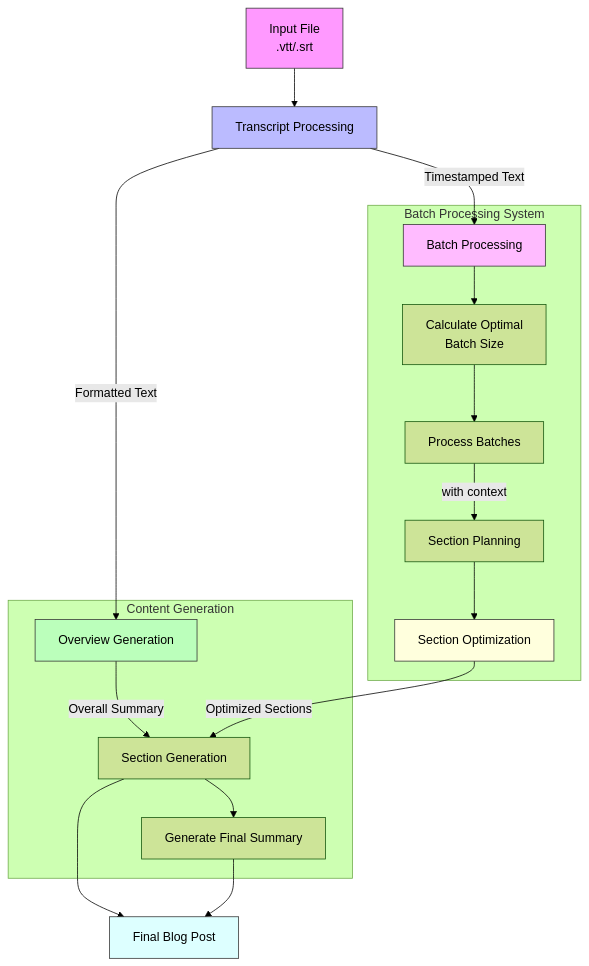
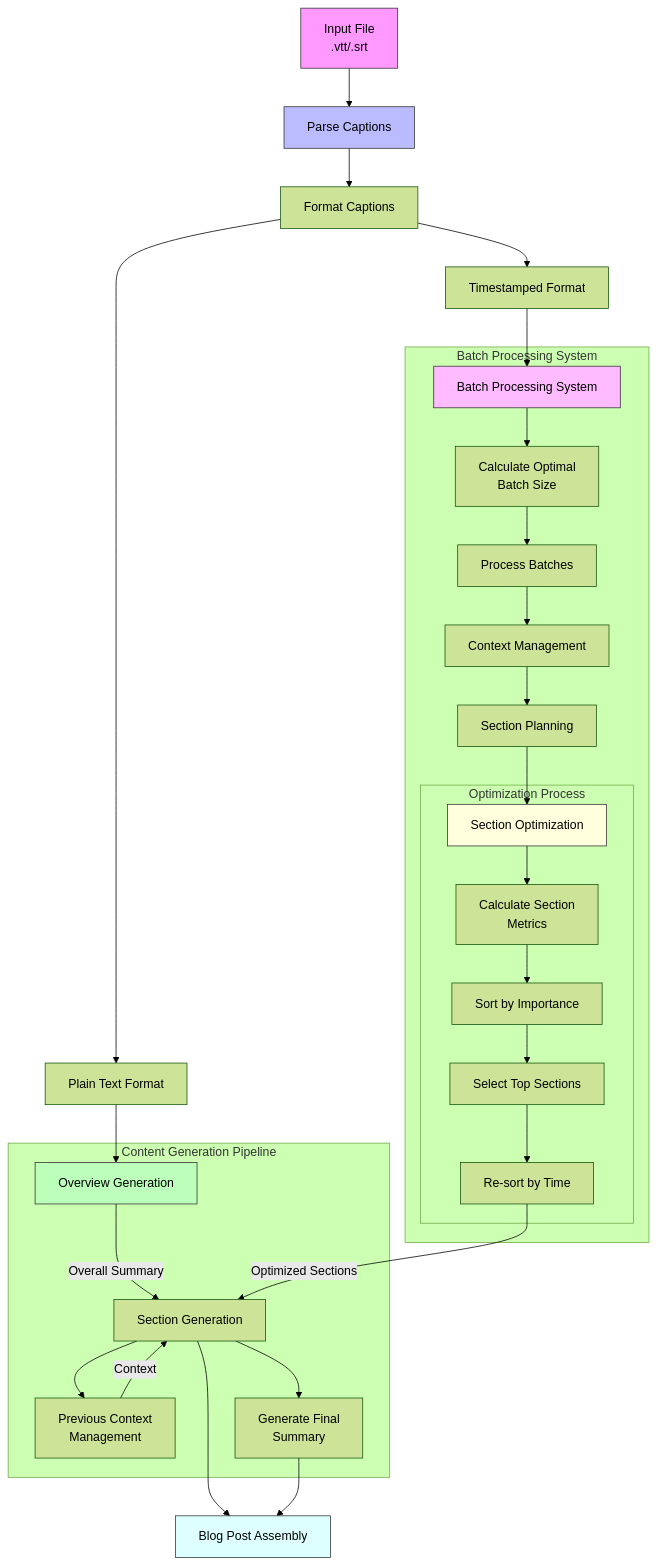
One commit to monkinng9/Transcirpt2blog-section-system changed the diagram in README.md. Above: the diagram before and after it, drawn with Mermaid (forest theme).

Commit message:
update diagram

````diff
--- a/README.md
+++ b/README.md
@@ -19,29 +19,44 @@
 ```mermaid
 graph TD
-    A[Input File<br>.vtt/.srt] --> B[Transcript Processing]
-    B --> |Formatted Text| C[Overview Generation]
-    B --> |Timestamped Text| D[Batch Processing]
+    A[Input File<br>.vtt/.srt] --> B[Parse Captions]
+    B --> C[Format Captions]
+    
+    C --> D[Plain Text Format]
+    C --> E[Timestamped Format]
+    
+    D --> F[Overview Generation]
+    E --> G[Batch Processing System]
     
     subgraph "Batch Processing System"
-        D --> E[Calculate Optimal<br>Batch Size]
-        E --> F[Process Batches]
-        F --> |with context| G[Section Planning]
-        G --> H[Section Optimization]
+        G --> H[Calculate Optimal<br>Batch Size]
+        H --> I[Process Batches]
+        I --> J[Context Management]
+        J --> K[Section Planning]
+        K --> L[Section Optimization]
+        
+        subgraph "Optimization Process"
+            L --> M[Calculate Section<br>Metrics]
+            M --> N[Sort by Importance]
+            N --> O[Select Top Sections]
+            O --> P[Re-sort by Time]
+        end
     end
     
-    subgraph "Content Generation"
-        C --> |Overall Summary| I[Section Generation]
-        H --> |Optimized Sections| I
-        I --> J[Generate Final Summary]
+    subgraph "Content Generation Pipeline"
+        F --> |Overall Summary| Q[Section Generation]
+        P --> |Optimized Sections| Q
+        Q --> R[Previous Context<br>Management]
+        R --> |Context| Q
+        Q --> S[Generate Final<br>Summary]
     end
     
-    I --> K[Final Blog Post]
-    J --> K
+    Q --> T[Blog Post Assembly]
+    S --> T
     
     style A fill:#f9f,stroke:#333
     style B fill:#bbf,stroke:#333
-    style C fill:#bfb,stroke:#333
-    style D fill:#fbf,stroke:#333
-    style H fill:#ffd,stroke:#333
-    style K fill:#dff,stroke:#333
+    style F fill:#bfb,stroke:#333
+    style G fill:#fbf,stroke:#333
+    style L fill:#ffd,stroke:#333
+    style T fill:#dff,stroke:#333
 ```
````
